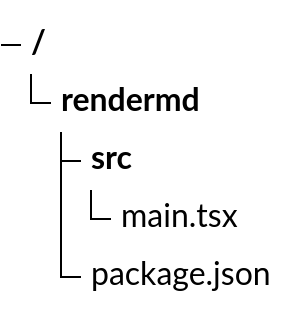
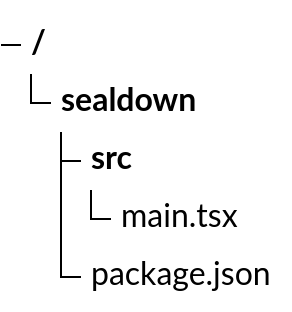
Before and after one commit to TrainedLoop/sealdown: diagram 32 of 33 in src/templates/diagrams.md, drawn with Mermaid (forest theme). The commit also changed other lines of this file and 40 other files, not shown here.

First line of the commit message:
refactor: rename rendermd to Sealdown in code, tests and docs

````diff
--- a/src/templates/diagrams.md
+++ b/src/templates/diagrams.md
@@ -349,7 +349,7 @@
 ```mermaid
 treeView-beta
-    rendermd/
+    sealdown/
         src/
             main.tsx
         package.json
 ```
````
